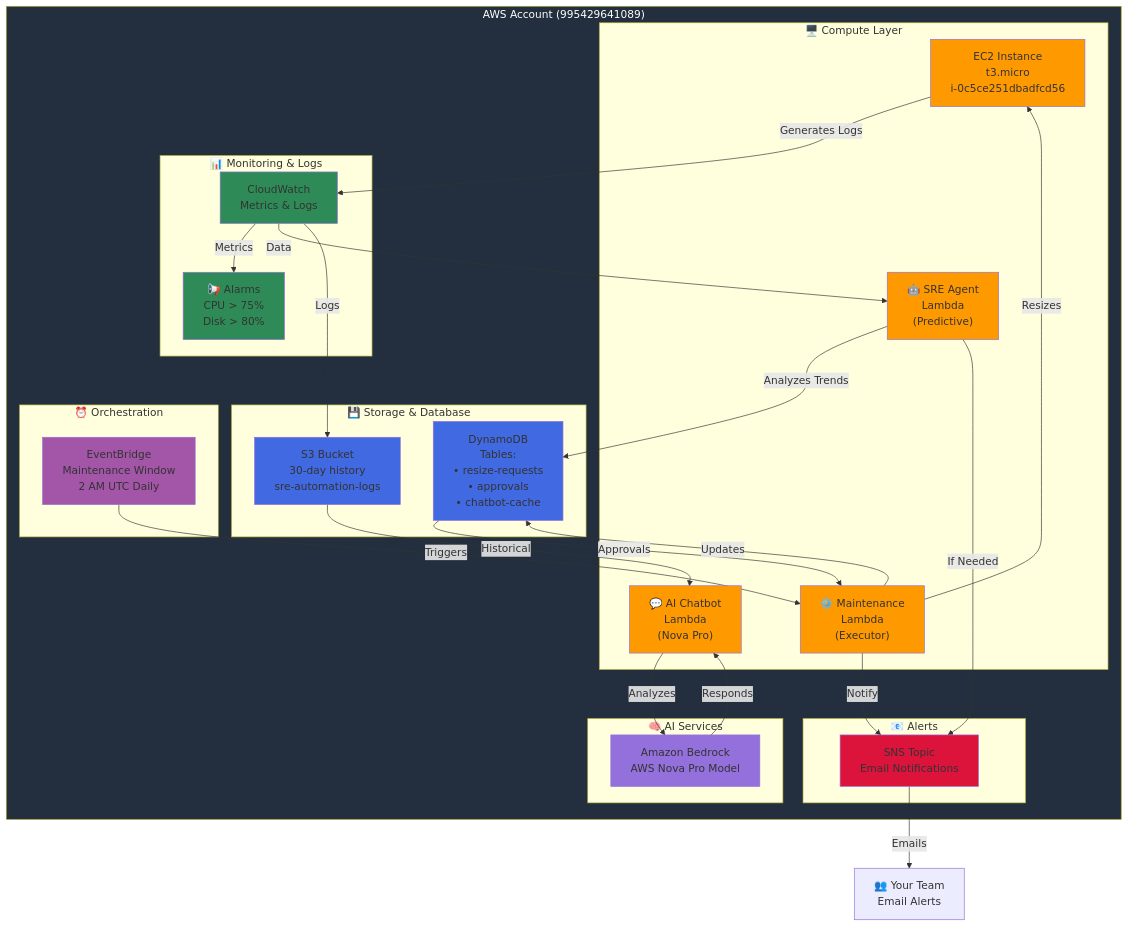
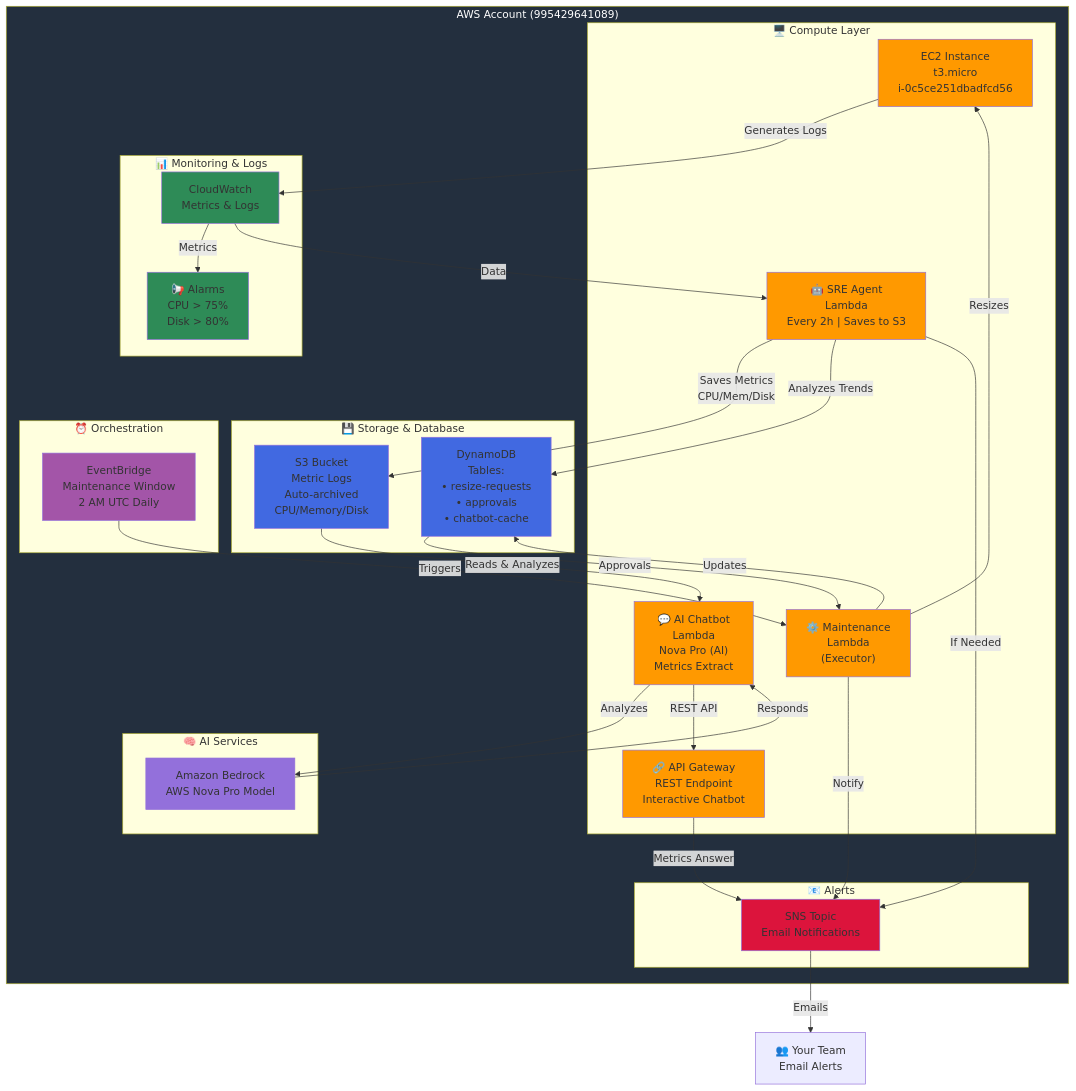
Before and after one commit to Kalkireddy/aws-bedrock-infrastructure-intelligence-platform: the diagram in docs/ARCHITECTURE_DIAGRAMS.md, drawn with Mermaid. The commit also changed other lines of this file and 2 other files, not shown here.

````diff
--- a/docs/ARCHITECTURE_DIAGRAMS.md
+++ b/docs/ARCHITECTURE_DIAGRAMS.md
@@ -5,68 +5,73 @@
 ```mermaid
 graph TB
     subgraph AWS["AWS Account (995429641089)"]
         subgraph Compute["🖥️ Compute Layer"]
             EC2["EC2 Instance<br/>t3.micro<br/>i-0c5ce251dbadfcd56"]
-            SRE["🤖 SRE Agent<br/>Lambda<br/>(Predictive)"]
+            SRE["🤖 SRE Agent<br/>Lambda<br/>Every 2h | Saves to S3"]
             MAINT["⚙️ Maintenance<br/>Lambda<br/>(Executor)"]
-            CHAT["💬 AI Chatbot<br/>Lambda<br/>(Nova Pro)"]
+            CHAT["💬 AI Chatbot<br/>Lambda<br/>Nova Pro (AI)<br/>Metrics Extract"]
+            API["🔗 API Gateway<br/>REST Endpoint<br/>Interactive Chatbot"]
         end
         
         subgraph Monitoring["📊 Monitoring & Logs"]
             CW["CloudWatch<br/>Metrics & Logs"]
             ALARM["📢 Alarms<br/>CPU > 75%<br/>Disk > 80%"]
         end
         
         subgraph Storage["💾 Storage & Database"]
-            S3["S3 Bucket<br/>30-day history<br/>sre-automation-logs"]
+            S3["S3 Bucket<br/>Metric Logs<br/>Auto-archived<br/>CPU/Memory/Disk"]
             DDB["DynamoDB<br/>Tables:<br/>• resize-requests<br/>• approvals<br/>• chatbot-cache"]
         end
         
         subgraph Events["⏰ Orchestration"]
             EB["EventBridge<br/>Maintenance Window<br/>2 AM UTC Daily"]
         end
         
         subgraph Notifications["📧 Alerts"]
             SNS["SNS Topic<br/>Email Notifications"]
         end
         
         subgraph AI["🧠 AI Services"]
             BEDROCK["Amazon Bedrock<br/>AWS Nova Pro Model"]
         end
     end
     
     CLIENT["👥 Your Team<br/>Email Alerts"]
     
     EC2 -->|Generates Logs| CW
     CW -->|Metrics| ALARM
     CW -->|Data| SRE
-    CW -->|Logs| S3
-    S3 -->|Historical| CHAT
     
+    SRE -->|Saves Metrics<br/>CPU/Mem/Disk| S3
     SRE -->|Analyzes Trends| DDB
     SRE -->|If Needed| SNS
+    
+    S3 -->|Reads & Analyzes| CHAT
+    
+    CHAT -->|Analyzes| BEDROCK
+    BEDROCK -->|Responds| CHAT
+    CHAT -->|REST API| API
+    API -->|Metrics Answer| SNS
     
     EB -->|Triggers| MAINT
     DDB -->|Approvals| MAINT
     MAINT -->|Resizes| EC2
     MAINT -->|Updates| DDB
     MAINT -->|Notify| SNS
     
-    CHAT -->|Analyzes| BEDROCK
-    BEDROCK -->|Responds| CHAT
-    
     SNS -->|Emails| CLIENT
     
     style EC2 fill:#FF9900
     style SRE fill:#FF9900
     style MAINT fill:#FF9900
     style CHAT fill:#FF9900
+    style API fill:#FF9900
     style CW fill:#2E8B57
     style ALARM fill:#2E8B57
     style S3 fill:#4169E1
     style DDB fill:#4169E1
     style EB fill:#A355A8
     style SNS fill:#DC143C
     style BEDROCK fill:#9370DB
     style AWS fill:#232F3E,color:#fff
 ```
````
